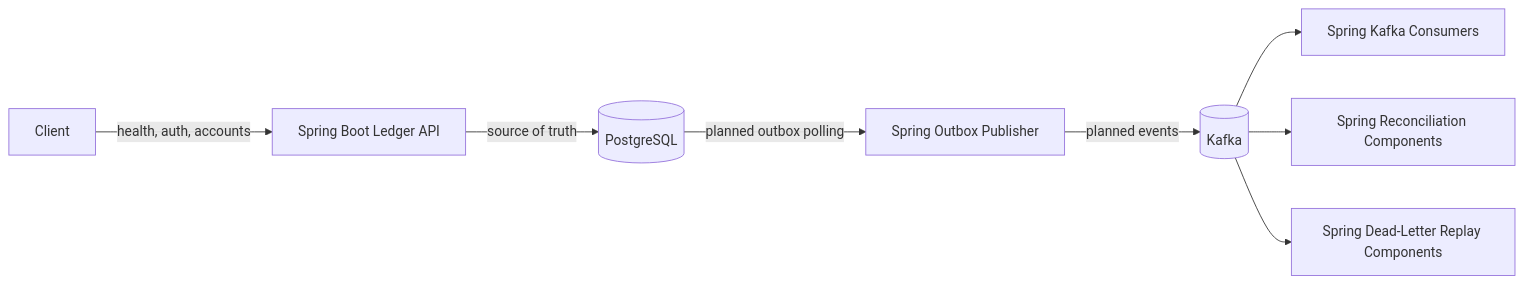
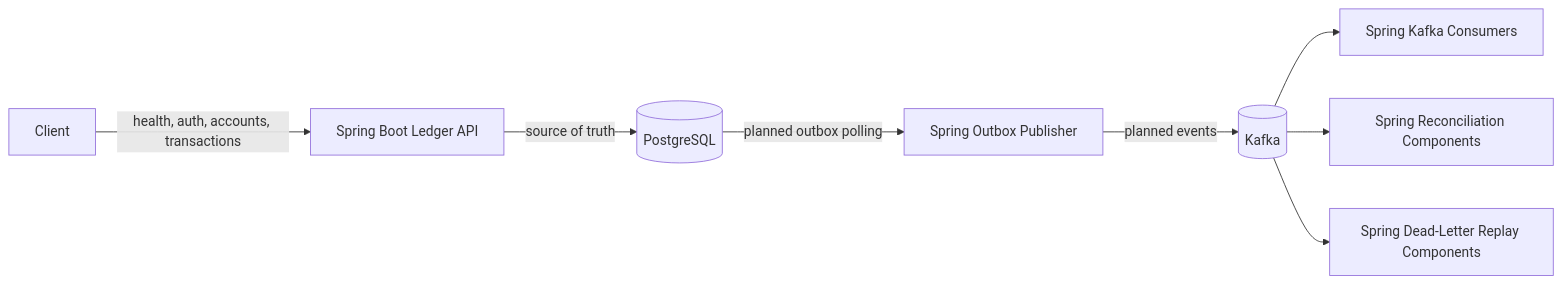
One commit to fanryan/ledgerflow changed the first of 2 diagrams in README.md. Above: the diagram before and after it, drawn with Mermaid. The commit also changed other lines of this file and 2 other files, not shown here.

````diff
--- a/README.md
+++ b/README.md
@@ -50,19 +50,19 @@
 ```mermaid
 flowchart LR
     Client[Client]
     API[Spring Boot Ledger API]
     DB[(PostgreSQL)]
     Outbox[Spring Outbox Publisher]
     Kafka[(Kafka)]
     TxConsumer[Spring Kafka Consumers]
     Reconciliation[Spring Reconciliation Components]
     Deadletter[Spring Dead-Letter Replay Components]
 
-    Client -->|health, auth, accounts| API
+    Client -->|health, auth, accounts, transactions| API
     API -->|source of truth| DB
     DB -->|planned outbox polling| Outbox
     Outbox -->|planned events| Kafka
     Kafka --> TxConsumer
     Kafka --> Reconciliation
     Kafka --> Deadletter
 ```
````
